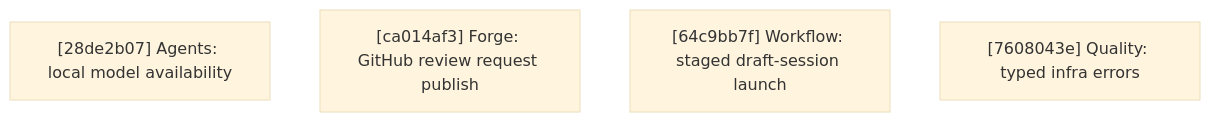
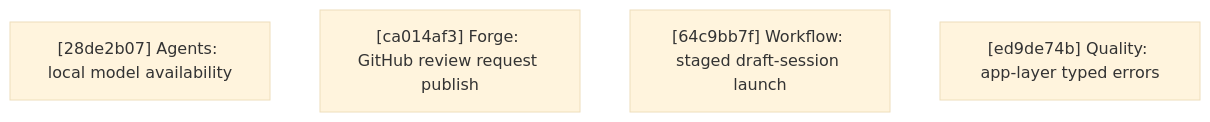
The diagram in docs/plan/roadmap.md (opencloudtool/agentty), drawn with Mermaid (base theme) before and after one commit. The commit also changed other lines of this file, not shown here.

First line of the commit message:
Promote app-layer typed-error step to Ready Now

````diff
--- a/docs/plan/roadmap.md
+++ b/docs/plan/roadmap.md
@@ -154,7 +154,7 @@
 ```mermaid
 flowchart TD
     R1["[28de2b07] Agents: local model availability"]
     R2["[ca014af3] Forge: GitHub review request publish"]
     R3["[64c9bb7f] Workflow: staged draft-session launch"]
-    R4["[7608043e] Quality: typed infra errors"]
+    R4["[ed9de74b] Quality: app-layer typed errors"]
 ```
````
